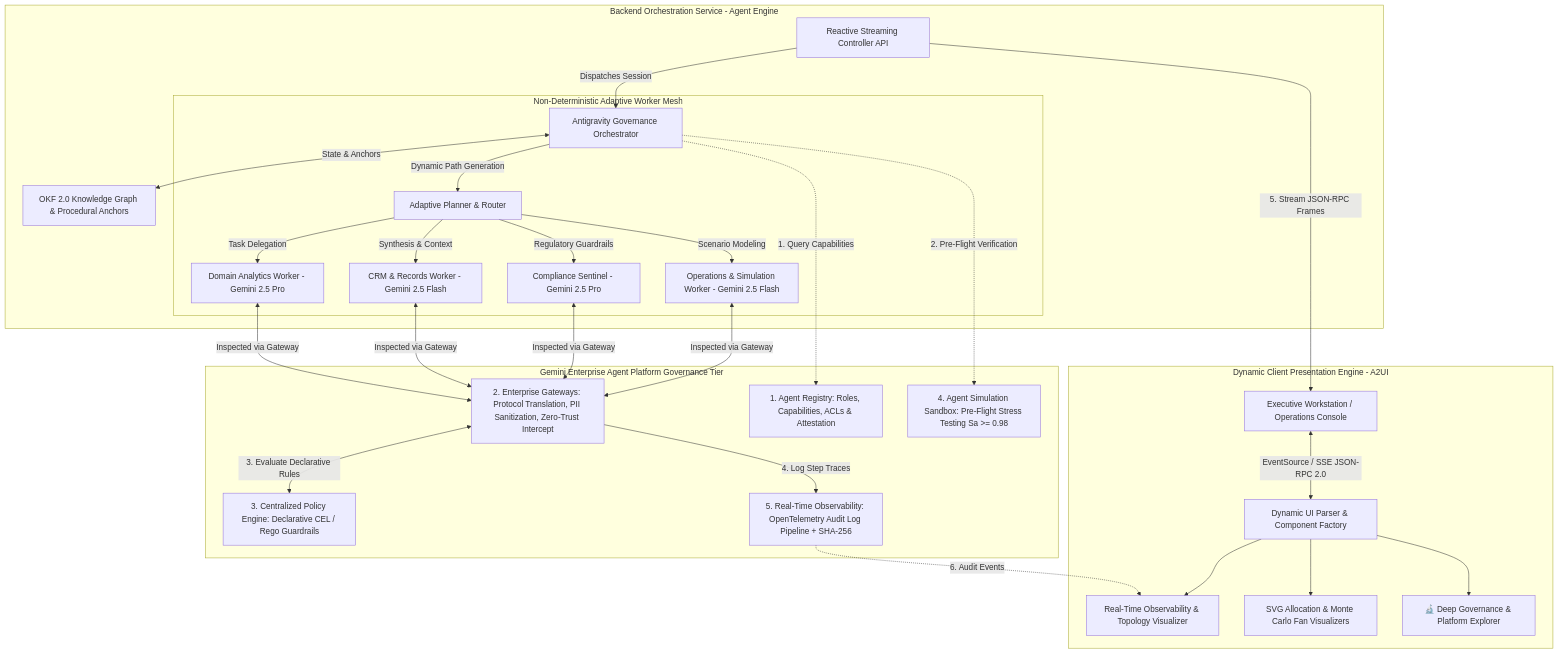
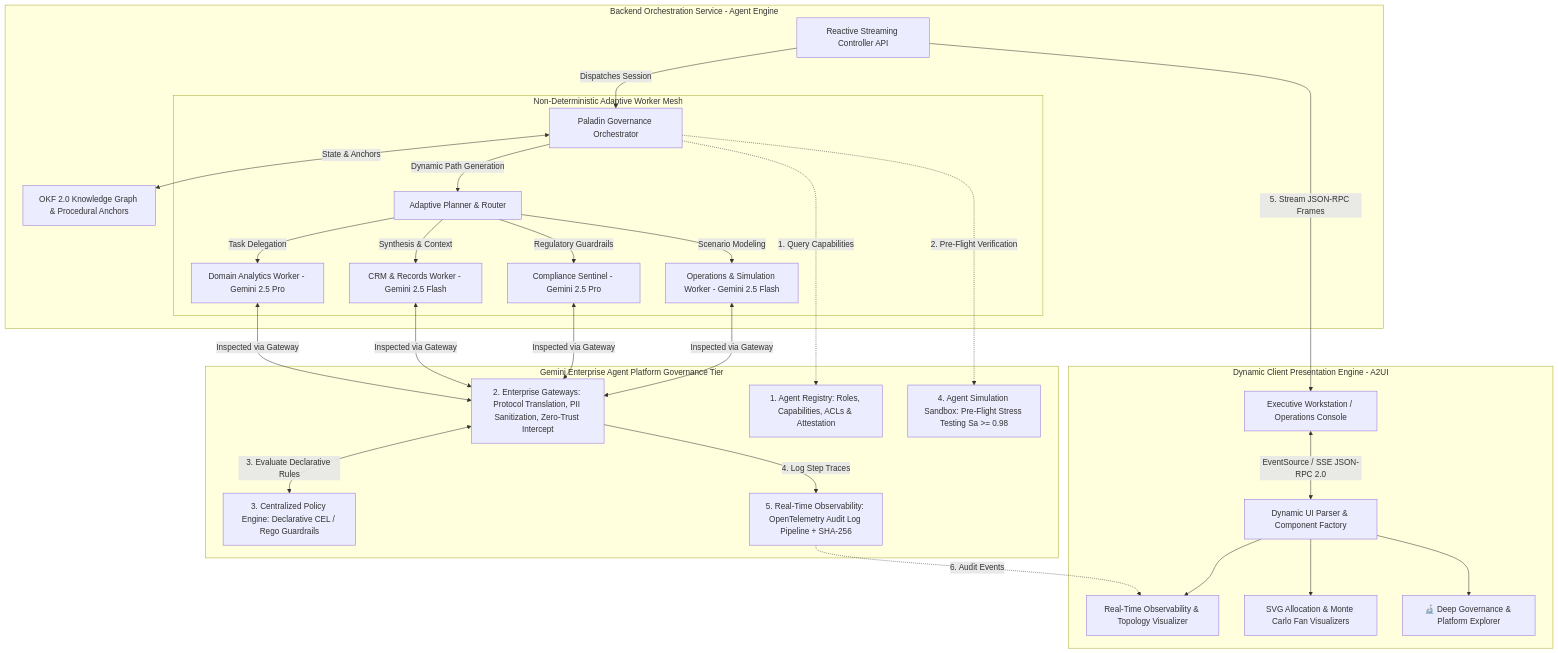
One commit to aarsanjani/capgemini-spark-2026 changed the diagram in architecture.md. Above: the diagram before and after it, drawn with Mermaid. The commit also changed other lines of this file and 13 other files, not shown here.

````diff
--- a/architecture.md
+++ b/architecture.md
@@ -14,46 +14,46 @@
 ```mermaid
 graph TD
     %% Frontend Topology
     subgraph Frontend [Dynamic Client Presentation Engine - A2UI]
         A[Executive Workstation / Operations Console] <-->|EventSource / SSE JSON-RPC 2.0| B[Dynamic UI Parser & Component Factory]
         B --> LiveTrace[Real-Time Observability & Topology Visualizer]
         B --> ChartRenderer[SVG Allocation & Monte Carlo Fan Visualizers]
         B --> ExplorerModal[🔬 Deep Governance & Platform Explorer]
     end
 
     %% Platform Governance Tier
     subgraph GeminiEnterprise [Gemini Enterprise Agent Platform Governance Tier]
         Registry[1. Agent Registry: Roles, Capabilities, ACLs & Attestation]
         Gateway[2. Enterprise Gateways: Protocol Translation, PII Sanitization, Zero-Trust Intercept]
         PolicyEngine[3. Centralized Policy Engine: Declarative CEL / Rego Guardrails]
         SimulationEngine[4. Agent Simulation Sandbox: Pre-Flight Stress Testing Sa >= 0.98]
         TelemetryStream[5. Real-Time Observability: OpenTelemetry Audit Log Pipeline + SHA-256]
     end
 
     %% Backend Topology
     subgraph Backend [Backend Orchestration Service - Agent Engine]
-        C[Reactive Streaming Controller API] -->|Dispatches Session| D[Antigravity Governance Orchestrator]
+        C[Reactive Streaming Controller API] -->|Dispatches Session| D[Paladin Governance Orchestrator]
         D <-->|State & Anchors| E[OKF 2.0 Knowledge Graph & Procedural Anchors]
         
         subgraph AgentMesh [Non-Deterministic Adaptive Worker Mesh]
             D -->|Dynamic Path Generation| F[Adaptive Planner & Router]
             F -->|Task Delegation| G[Domain Analytics Worker - Gemini 2.5 Pro]
             F -->|Synthesis & Context| H[CRM & Records Worker - Gemini 2.5 Flash]
             F -->|Regulatory Guardrails| I[Compliance Sentinel - Gemini 2.5 Pro]
             F -->|Scenario Modeling| J[Operations & Simulation Worker - Gemini 2.5 Flash]
             
             G <-->|Inspected via Gateway| Gateway
             H <-->|Inspected via Gateway| Gateway
             I <-->|Inspected via Gateway| Gateway
             J <-->|Inspected via Gateway| Gateway
         end
     end
 
     %% Inter-tier Bindings
     D -.->|1. Query Capabilities| Registry
     D -.->|2. Pre-Flight Verification| SimulationEngine
     Gateway <-->|3. Evaluate Declarative Rules| PolicyEngine
     Gateway -->|4. Log Step Traces| TelemetryStream
     C -->|5. Stream JSON-RPC Frames| A
     TelemetryStream -.->|6. Audit Events| LiveTrace
 ```
````
